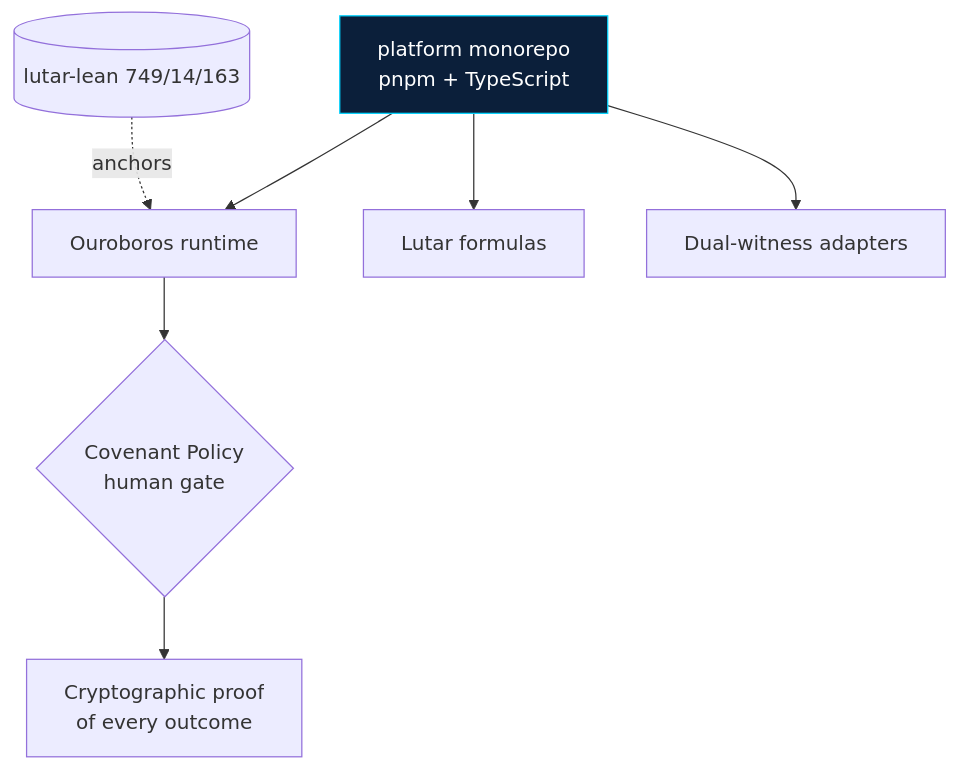
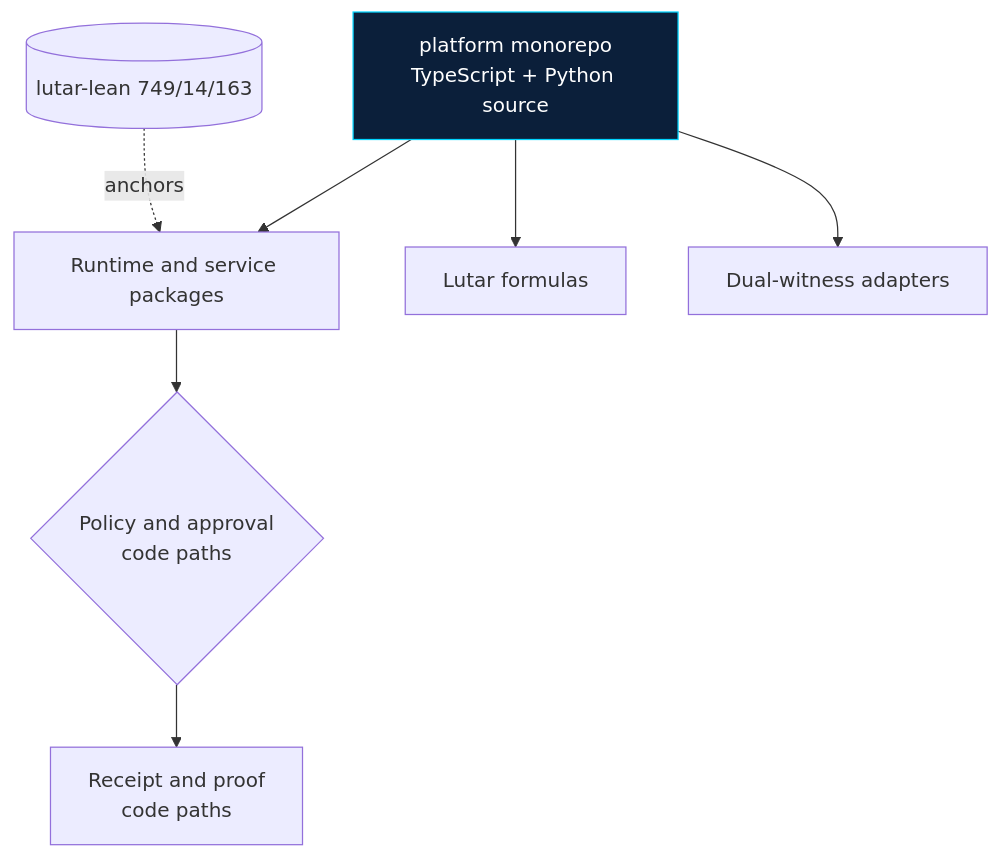
One commit to szl-holdings/platform changed the diagram in .github/README.md. Above: the diagram before and after it, drawn with Mermaid. The commit also changed other lines of this file and 513 other files, not shown here.

````diff
--- a/.github/README.md
+++ b/.github/README.md
@@ -21,10 +21,10 @@
 ```mermaid
 flowchart TD
-  MONO[platform monorepo\npnpm + TypeScript]:::in --> RUNTIME[Ouroboros runtime]
+  MONO[platform monorepo\nTypeScript + Python source]:::in --> RUNTIME[Runtime and service packages]
   MONO --> FORMULAS[Lutar formulas]
   MONO --> ADAPTERS[Dual-witness adapters]
-  RUNTIME --> COV{Covenant Policy\nhuman gate}
-  COV --> PROOF[Cryptographic proof\nof every outcome]
+  RUNTIME --> COV{Policy and approval\ncode paths}
+  COV --> PROOF[Receipt and proof\ncode paths]
   LEAN[(lutar-lean 749/14/163)] -.anchors.-> RUNTIME
   classDef in fill:#0B1F3A,color:#fff,stroke:#00D4FF;
 ```
````
